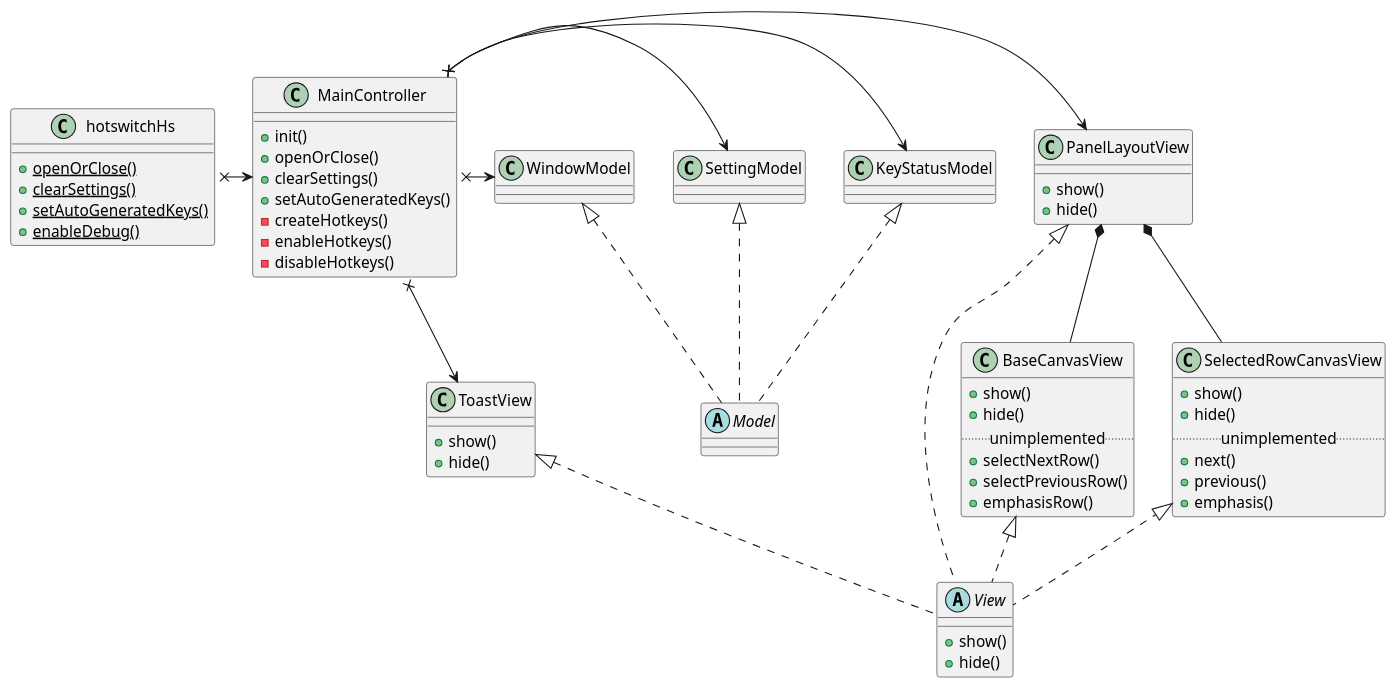
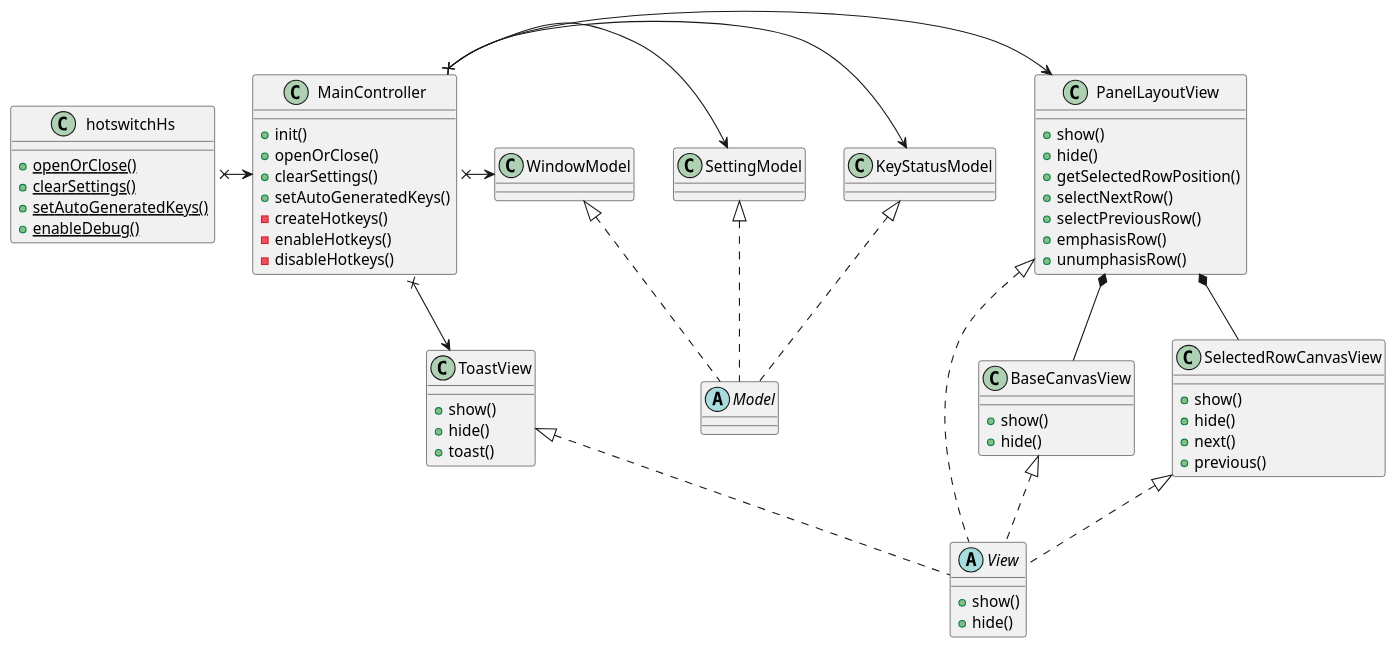
One commit to oniatsu/HotSwitch-HS changed the diagram in uml/class_diagram.pu. Above: the diagram before and after it, drawn with PlantUML. The commit also changed 4 other files, not shown here.

```diff
--- a/uml/class_diagram.pu
+++ b/uml/class_diagram.pu
@@ -1,74 +1,74 @@
 @startuml hotswitch-hs
 
 class hotswitchHs {
     {static} +openOrClose()
     {static} +clearSettings()
     {static} +setAutoGeneratedKeys()
     {static} +enableDebug()
 }
 
 class KeyStatusModel
 class SettingModel
 class WindowModel
 abstract Model
 
 class PanelLayoutView {
     +show()
     +hide()
+    +getSelectedRowPosition()
+    +selectNextRow()
+    +selectPreviousRow()
+    +emphasisRow()
+    +unumphasisRow()
 }
 class BaseCanvasView {
     +show()
     +hide()
-    ..unimplemented..
-    +selectNextRow()
-    +selectPreviousRow()
-    +emphasisRow()
 }
 class SelectedRowCanvasView {
     +show()
     +hide()
-    ..unimplemented..
     +next()
     +previous()
-    +emphasis()
 }
 class ToastView {
     +show()
     +hide()
+    +toast()
 }
 abstract View {
     +show()
     +hide()
 }
 
 class MainController {
     +init()
     +openOrClose()
     +clearSettings()
     +setAutoGeneratedKeys()
     -createHotkeys()
     -enableHotkeys()
     -disableHotkeys()
 }
 
 hotswitchHs x-> MainController
 
 MainController x-> PanelLayoutView
 MainController x-> ToastView
 MainController x-> KeyStatusModel
 MainController x-> SettingModel
 MainController x-> WindowModel
 
 KeyStatusModel <|.. Model
 SettingModel <|.. Model
 WindowModel <|.. Model
 
 PanelLayoutView <|.. View
 BaseCanvasView <|.. View
 SelectedRowCanvasView <|.. View
 ToastView <|.. View
 
 PanelLayoutView *-- BaseCanvasView 
 PanelLayoutView *-- SelectedRowCanvasView 
 
 @endum
```
